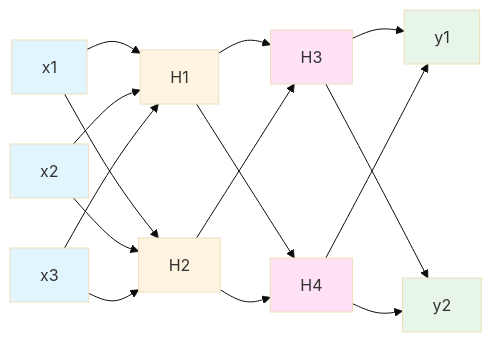
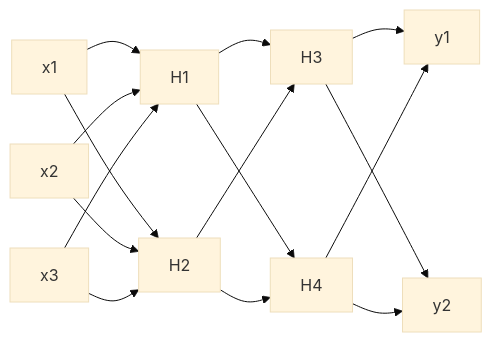
Before and after one commit to nishant-iith/Learning-AI-ML: the fifth of 5 diagrams in DL Revision/02-Perceptron-and-Neural-Networks.md, drawn with Mermaid (base theme). The commit also changed other lines of this file, not shown here.

First line of the commit message:
Remove color styling from mermaid diagrams in Chapter 2

````diff
--- a/DL Revision/02-Perceptron-and-Neural-Networks.md
+++ b/DL Revision/02-Perceptron-and-Neural-Networks.md
@@ -185,29 +163,19 @@
 ```mermaid
 graph LR
     I1["x1"] --> H1["H1"]
     I1 --> H2["H2"]
     I2["x2"] --> H1
     I2 --> H2
     I3["x3"] --> H1
     I3 --> H2
 
     H1 --> H3["H3"]
     H1 --> H4["H4"]
     H2 --> H3
     H2 --> H4
 
     H3 --> O1["y1"]
     H4 --> O1
     H3 --> O2["y2"]
     H4 --> O2
-
-    style I1 fill:#e1f5ff
-    style I2 fill:#e1f5ff
-    style I3 fill:#e1f5ff
-    style H1 fill:#fff4e1
-    style H2 fill:#fff4e1
-    style H3 fill:#ffe1f5
-    style H4 fill:#ffe1f5
-    style O1 fill:#e8f5e9
-    style O2 fill:#e8f5e9
 ```
````
